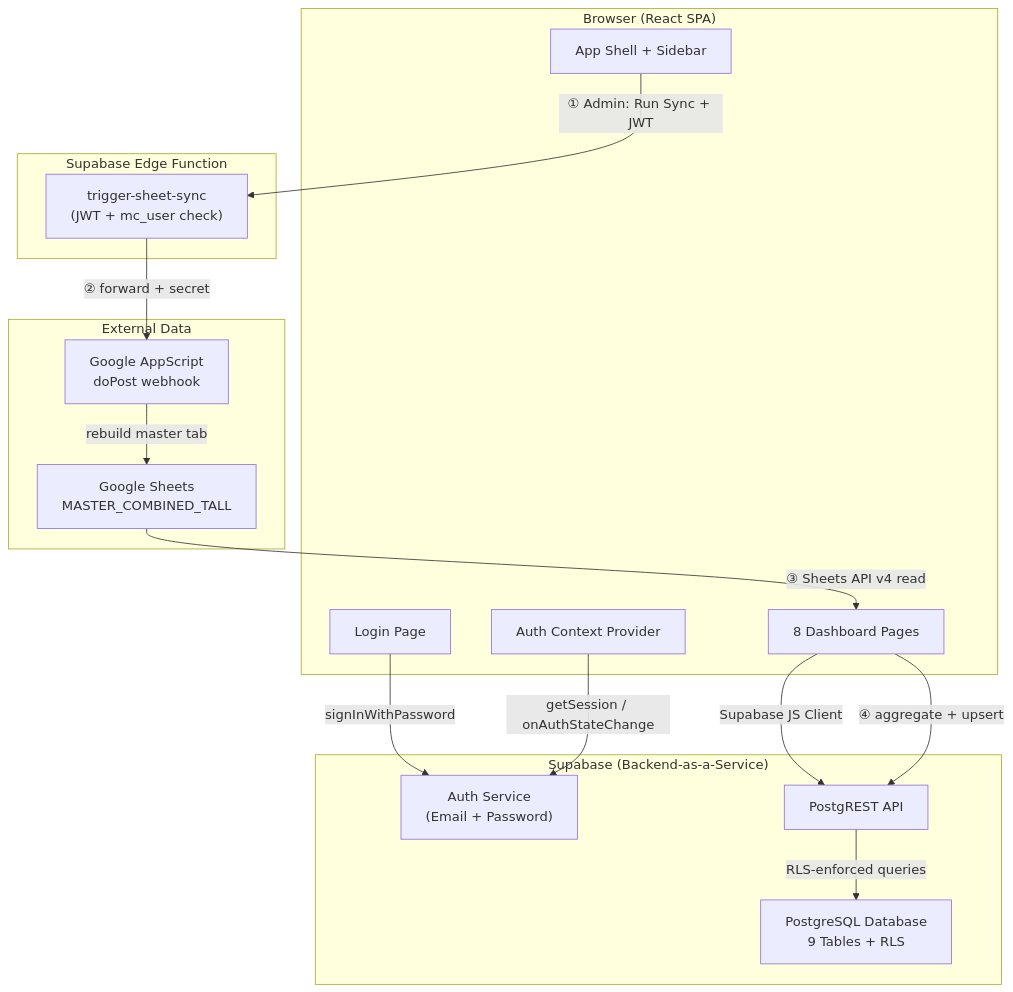
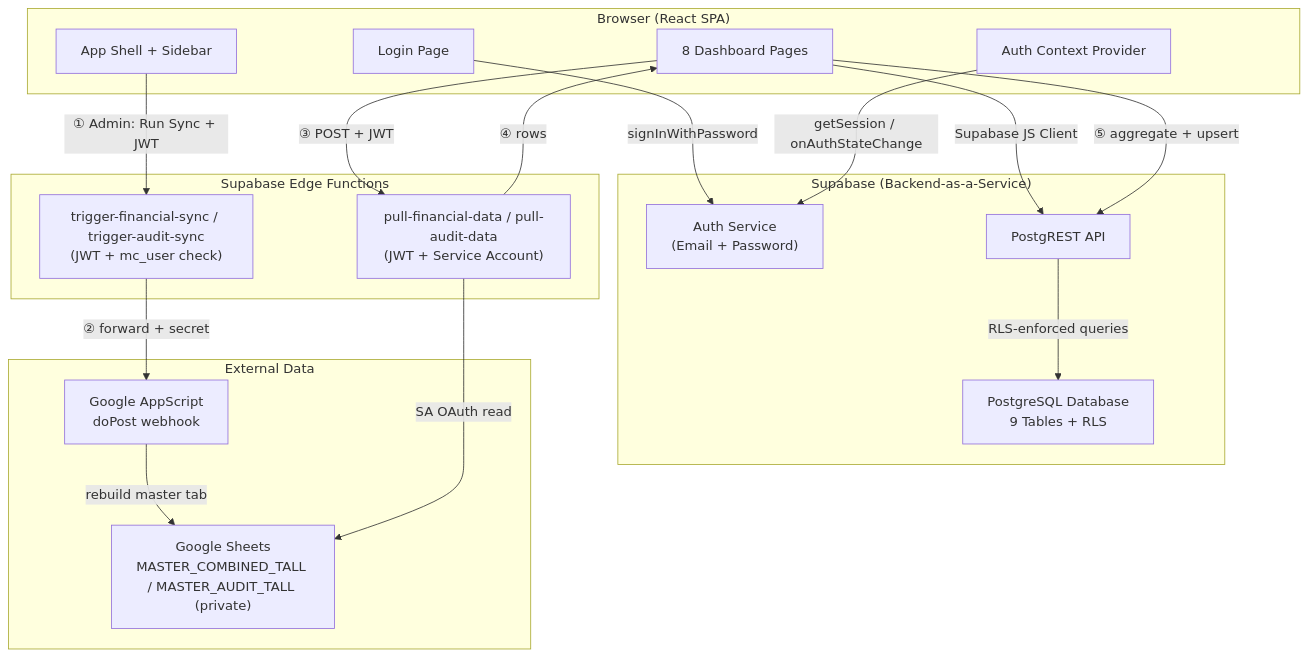
The first of 5 diagrams in SYSTEM_REPORT.md (SashenM001/asl-finance-hub), drawn with Mermaid before and after one commit. The commit also changed other lines of this file and 5 other files, not shown here.

First line of the commit message:
docs: sync docs to fully-separated financial/audit Edge Functions

````diff
--- a/SYSTEM_REPORT.md
+++ b/SYSTEM_REPORT.md
@@ -35,34 +35,37 @@
 ```mermaid
 graph TB
     subgraph Client ["Browser (React SPA)"]
         Login["Login Page"]
         AppShell["App Shell + Sidebar"]
         Pages["8 Dashboard Pages"]
         Auth["Auth Context Provider"]
     end
 
     subgraph Supabase ["Supabase (Backend-as-a-Service)"]
         AuthSvc["Auth Service<br/>(Email + Password)"]
         PostgREST["PostgREST API"]
         Postgres["PostgreSQL Database<br/>9 Tables + RLS"]
     end
 
-    subgraph Edge ["Supabase Edge Function"]
-        Trigger["trigger-sheet-sync<br/>(JWT + mc_user check)"]
+    subgraph Edge ["Supabase Edge Functions"]
+        Trigger["trigger-financial-sync / trigger-audit-sync<br/>(JWT + mc_user check)"]
+        Pull["pull-financial-data / pull-audit-data<br/>(JWT + Service Account)"]
     end
 
     subgraph External ["External Data"]
         AppScript["Google AppScript<br/>doPost webhook"]
-        GSheets["Google Sheets<br/>MASTER_COMBINED_TALL"]
+        GSheets["Google Sheets<br/>MASTER_COMBINED_TALL / MASTER_AUDIT_TALL (private)"]
     end
 
     Login -->|signInWithPassword| AuthSvc
     Auth -->|getSession / onAuthStateChange| AuthSvc
     Pages -->|Supabase JS Client| PostgREST
     PostgREST -->|RLS-enforced queries| Postgres
     AppShell -->|① Admin: Run Sync + JWT| Trigger
     Trigger -->|② forward + secret| AppScript
     AppScript -->|rebuild master tab| GSheets
-    GSheets -->|③ Sheets API v4 read| Pages
-    Pages -->|④ aggregate + upsert| PostgREST
+    Pages -->|③ POST + JWT| Pull
+    Pull -->|SA OAuth read| GSheets
+    Pull -->|④ rows| Pages
+    Pages -->|⑤ aggregate + upsert| PostgREST
 ```
````
